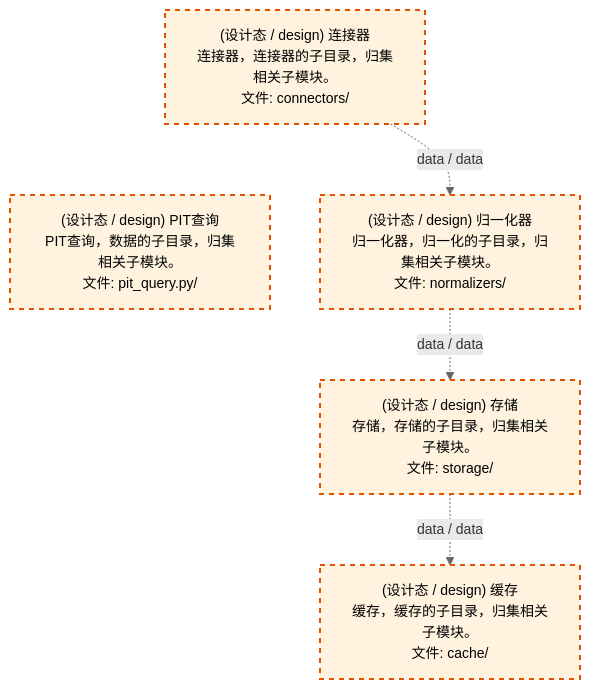
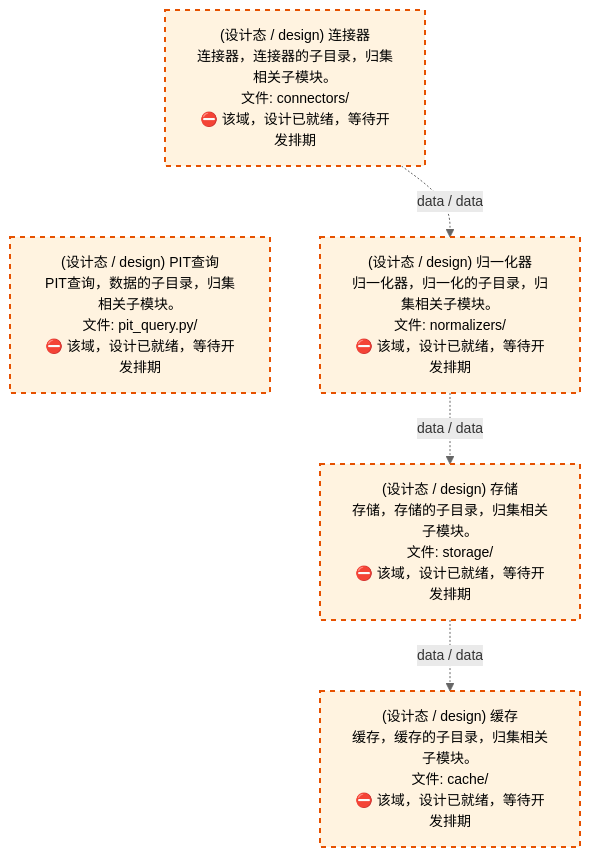
Before and after one commit to xuanFelixVan/ZephyrAlpha: the third of 4 diagrams in docs/02_enterprise_architecture/02_domain_architecture_docs/11_d_data.md, drawn with Mermaid. The commit also changed other lines of this file and 50 other files, not shown here.

````diff
--- a/docs/02_enterprise_architecture/02_domain_architecture_docs/11_d_data.md
+++ b/docs/02_enterprise_architecture/02_domain_architecture_docs/11_d_data.md
@@ -1293,18 +1293,18 @@
 ```mermaid
 %%{init: {'theme': 'base', 'themeVariables': {'primaryColor': '#eaeaea', 'primaryTextColor': '#333333', 'primaryBorderColor': '#666666', 'lineColor': '#666666', 'secondaryColor': '#eaeaea', 'tertiaryColor': '#eaeaea', 'fontSize': '14px'}}}%%
 flowchart TD
-    src_zephyr_data_connectors["(设计态 / design) 连接器<br/>连接器，连接器的子目录，归集相关子模块。<br/>文件: connectors/"]
-    src_zephyr_data_pit_query_py["(设计态 / design) PIT查询<br/>PIT查询，数据的子目录，归集相关子模块。<br/>文件: pit_query.py/"]
+    src_zephyr_data_connectors["(设计态 / design) 连接器<br/>连接器，连接器的子目录，归集相关子模块。<br/>文件: connectors/<br/>⛔ 该域，设计已就绪，等待开发排期"]
+    src_zephyr_data_pit_query_py["(设计态 / design) PIT查询<br/>PIT查询，数据的子目录，归集相关子模块。<br/>文件: pit_query.py/<br/>⛔ 该域，设计已就绪，等待开发排期"]
     src_zephyr_data_connectors ~~~ src_zephyr_data_pit_query_py
-    src_zephyr_data_normalizers["(设计态 / design) 归一化器<br/>归一化器，归一化的子目录，归集相关子模块。<br/>文件: normalizers/"]
-    src_zephyr_data_storage["(设计态 / design) 存储<br/>存储，存储的子目录，归集相关子模块。<br/>文件: storage/"]
-    src_zephyr_data_cache["(设计态 / design) 缓存<br/>缓存，缓存的子目录，归集相关子模块。<br/>文件: cache/"]
+    src_zephyr_data_normalizers["(设计态 / design) 归一化器<br/>归一化器，归一化的子目录，归集相关子模块。<br/>文件: normalizers/<br/>⛔ 该域，设计已就绪，等待开发排期"]
+    src_zephyr_data_storage["(设计态 / design) 存储<br/>存储，存储的子目录，归集相关子模块。<br/>文件: storage/<br/>⛔ 该域，设计已就绪，等待开发排期"]
+    src_zephyr_data_cache["(设计态 / design) 缓存<br/>缓存，缓存的子目录，归集相关子模块。<br/>文件: cache/<br/>⛔ 该域，设计已就绪，等待开发排期"]
     src_zephyr_data_connectors -.->|data / data| src_zephyr_data_normalizers
     src_zephyr_data_normalizers -.->|data / data| src_zephyr_data_storage
     src_zephyr_data_storage -.->|data / data| src_zephyr_data_cache
     classDef production fill:#e1f5fe,stroke:#01579b,stroke-width:2px,color:#000
     classDef design fill:#fff3e0,stroke:#e65100,stroke-width:2px,color:#000,stroke-dasharray: 5 5
     classDef external_prod fill:#e8f4fd,stroke:#0277bd,stroke-width:1px,color:#000
     classDef external_design fill:#fff8e7,stroke:#ef6c00,stroke-width:1px,color:#000,stroke-dasharray: 5 5
     class src_zephyr_data_cache,src_zephyr_data_connectors,src_zephyr_data_normalizers,src_zephyr_data_pit_query_py,src_zephyr_data_storage design
 ```
````
